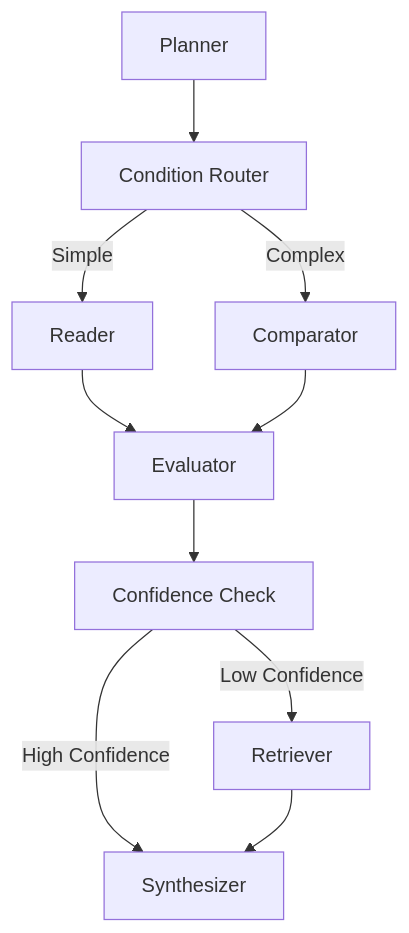
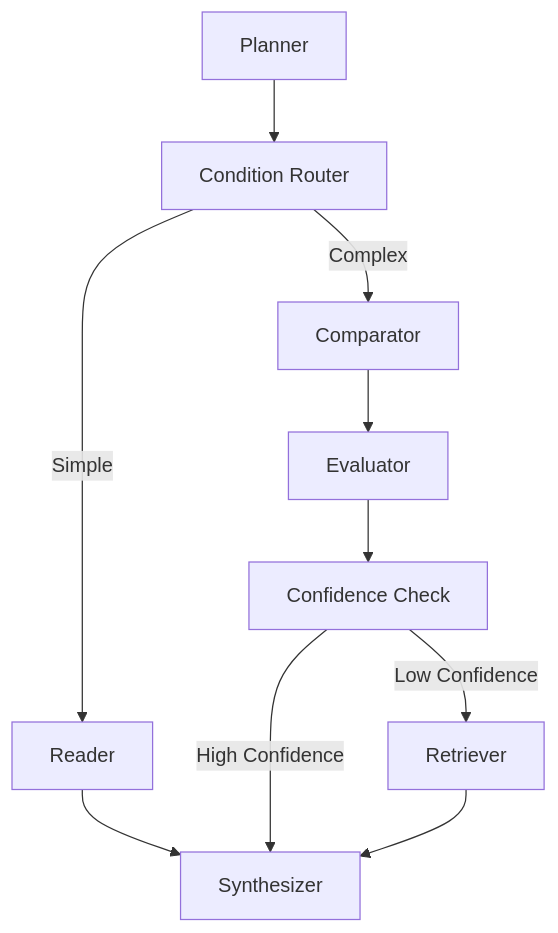
One commit to thaituanUIT/ResearchAssistAgent changed the diagram in README.md. Above: the diagram before and after it, drawn with Mermaid. The commit also changed other lines of this file, not shown here.

Commit message:
fix graph error in README

````diff
--- a/README.md
+++ b/README.md
@@ -21,12 +21,12 @@
 ```mermaid
 graph TD
     A[Planner] --> B[Condition Router]
     B -->|Simple| C[Reader]
     B -->|Complex| D[Comparator]
-    C --> E[Evaluator]
-    D --> E
+    C --> H[Synthesizer]
+    D --> E[Evaluator]
     E --> F[Confidence Check]
     F -->|Low Confidence| G[Retriever]
     F -->|High Confidence| H[Synthesizer]
     G --> H
 ```
````
